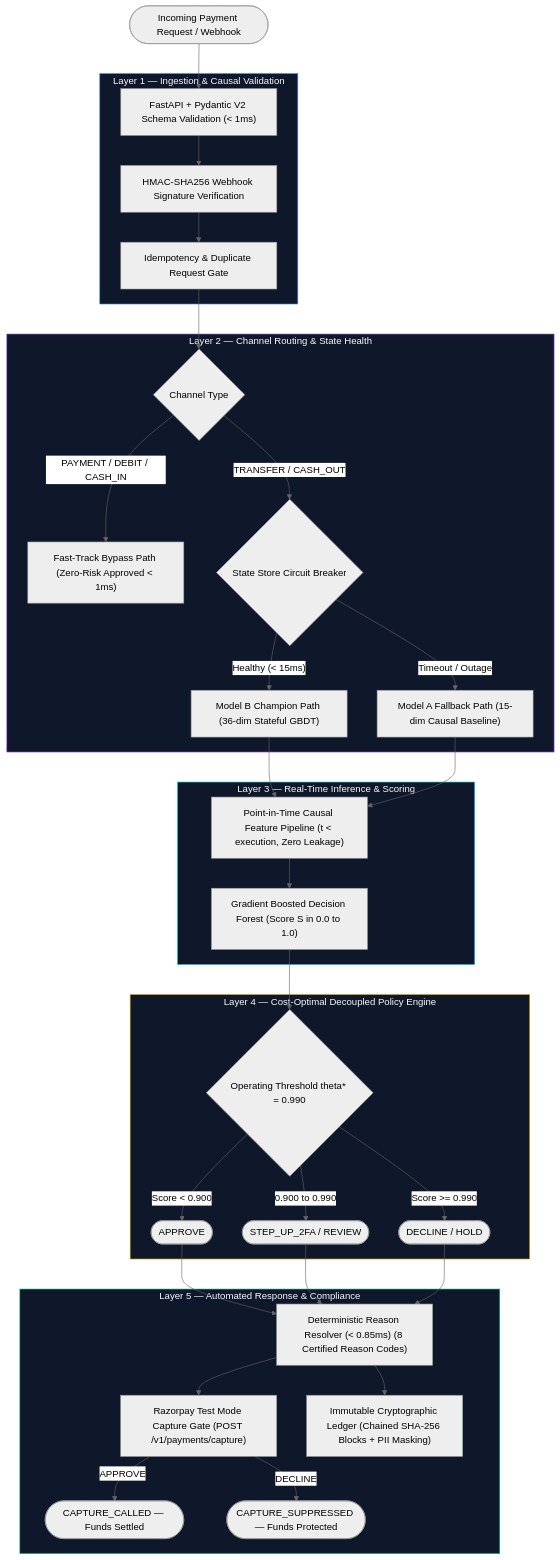
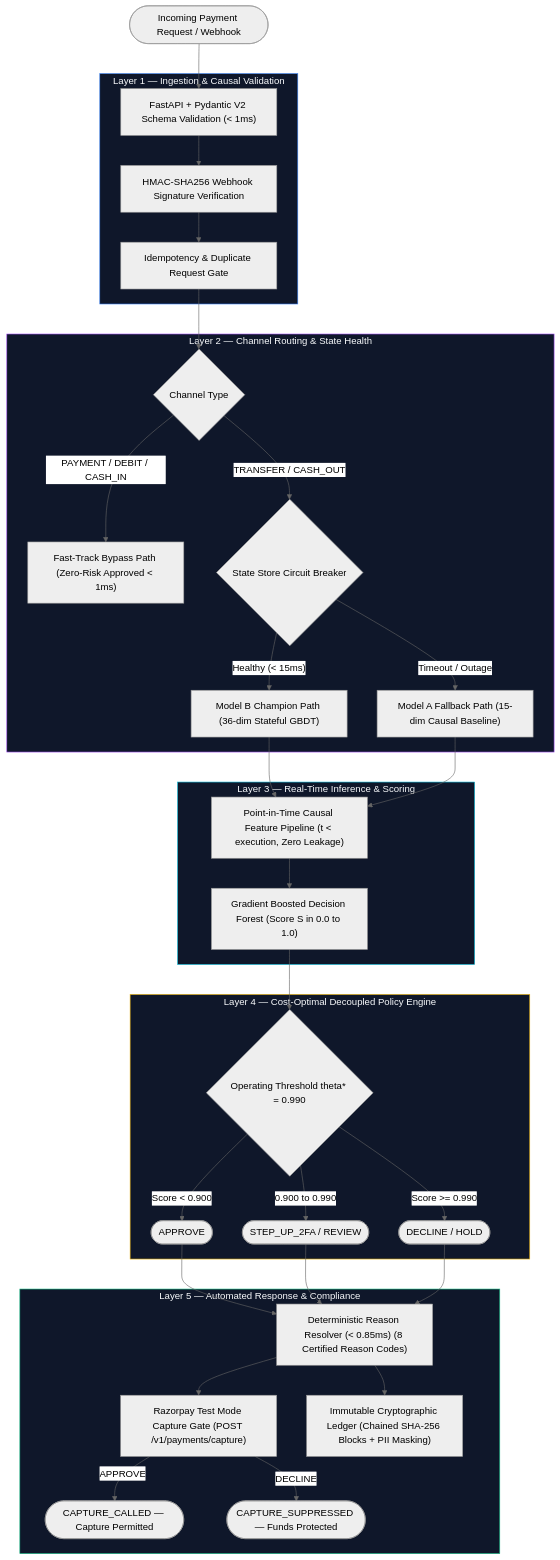
Before and after one commit to ROSHAN0230/risk-sentinel: the first of 2 diagrams in README.md, drawn with Mermaid (neutral theme). The commit also changed other lines of this file and 4 other files, not shown here.

````diff
--- a/README.md
+++ b/README.md
@@ -49,55 +49,55 @@
 ```mermaid
 flowchart TD
     A([Incoming Payment Request / Webhook]) --> B
 
     subgraph INGESTION ["Layer 1 — Ingestion & Causal Validation"]
         B["FastAPI + Pydantic V2 Schema Validation (&lt; 1ms)"]
         B --> C["HMAC-SHA256 Webhook Signature Verification"]
         C --> D["Idempotency & Duplicate Request Gate"]
     end
 
     D --> E
 
     subgraph ROUTING ["Layer 2 — Channel Routing & State Health"]
         E{Channel Type}
         E -- "PAYMENT / DEBIT / CASH_IN" --> F["Fast-Track Bypass Path (Zero-Risk Approved &lt; 1ms)"]
         E -- "TRANSFER / CASH_OUT" --> G{State Store Circuit Breaker}
         G -- "Healthy (&lt; 15ms)" --> H["Model B Champion Path (36-dim Stateful GBDT)"]
         G -- "Timeout / Outage" --> I["Model A Fallback Path (15-dim Causal Baseline)"]
     end
 
     H --> J
     I --> J
 
     subgraph INFERENCE ["Layer 3 — Real-Time Inference & Scoring"]
         J["Point-in-Time Causal Feature Pipeline (t &lt; execution, Zero Leakage)"]
         J --> K["Gradient Boosted Decision Forest (Score S in 0.0 to 1.0)"]
     end
 
     K --> L
 
     subgraph POLICY ["Layer 4 — Cost-Optimal Decoupled Policy Engine"]
         L{Operating Threshold theta* = 0.990}
         L -- "Score &lt; 0.900" --> M([APPROVE])
         L -- "0.900 to 0.990" --> N([STEP_UP_2FA / REVIEW])
         L -- "Score &gt;= 0.990" --> O([DECLINE / HOLD])
     end
 
     M --> P
     N --> P
     O --> P
 
     subgraph ACTIONS ["Layer 5 — Automated Response & Compliance"]
         P["Deterministic Reason Resolver (&lt; 0.85ms) (8 Certified Reason Codes)"]
         P --> Q["Razorpay Test Mode Capture Gate (POST /v1/payments/capture)"]
-        Q -- "APPROVE" --> R([CAPTURE_CALLED — Funds Settled])
+        Q -- "APPROVE" --> R([CAPTURE_CALLED — Capture Permitted])
         Q -- "DECLINE" --> S([CAPTURE_SUPPRESSED — Funds Protected])
         P --> T["Immutable Cryptographic Ledger (Chained SHA-256 Blocks + PII Masking)"]
     end
 
     style INGESTION fill:#0f172a,stroke:#3b82f6,color:#f8fafc
     style ROUTING fill:#0f172a,stroke:#a855f7,color:#f8fafc
     style INFERENCE fill:#0f172a,stroke:#06b6d4,color:#f8fafc
     style POLICY fill:#0f172a,stroke:#eab308,color:#f8fafc
     style ACTIONS fill:#0f172a,stroke:#10b981,color:#f8fafc
 ```
````
